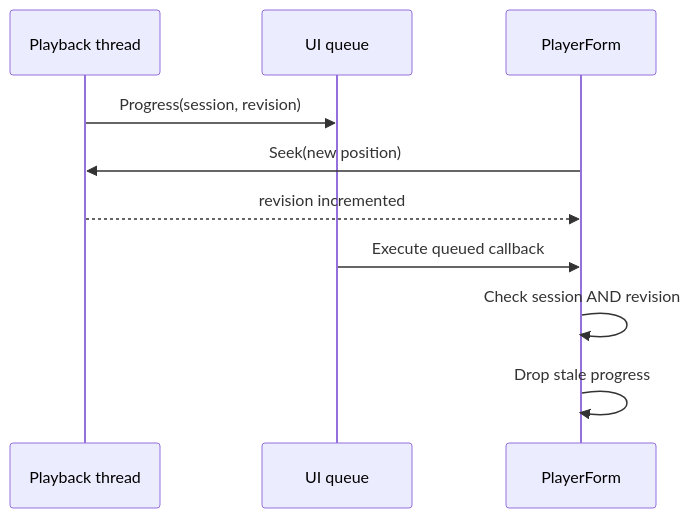
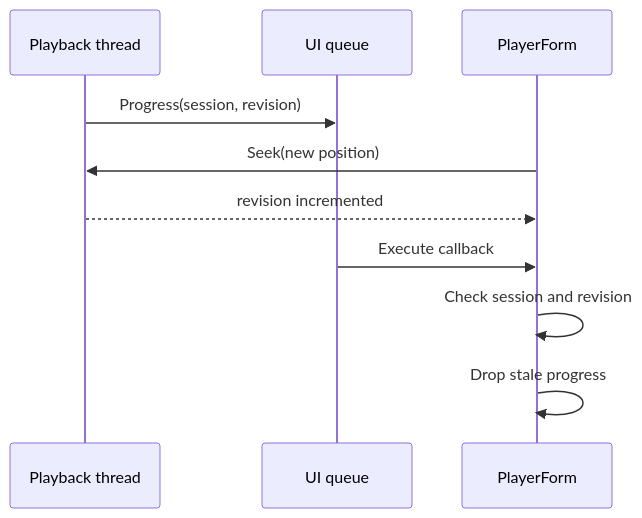
The second of 2 diagrams in docs/ARCHITECTURE.md (esinkirill/speaker-studio), drawn with Mermaid before and after one commit. The commit also changed other lines of this file and 13 other files, not shown here.

````diff
--- a/docs/ARCHITECTURE.md
+++ b/docs/ARCHITECTURE.md
@@ -175,12 +185,12 @@
 ```mermaid
 sequenceDiagram
     participant W as Playback thread
     participant Q as UI queue
     participant U as PlayerForm
     W->>Q: Progress(session, revision)
     U->>W: Seek(new position)
     W-->>U: revision incremented
-    Q->>U: Execute queued callback
-    U->>U: Check session AND revision
+    Q->>U: Execute callback
+    U->>U: Check session and revision
     U->>U: Drop stale progress
 ```
````
